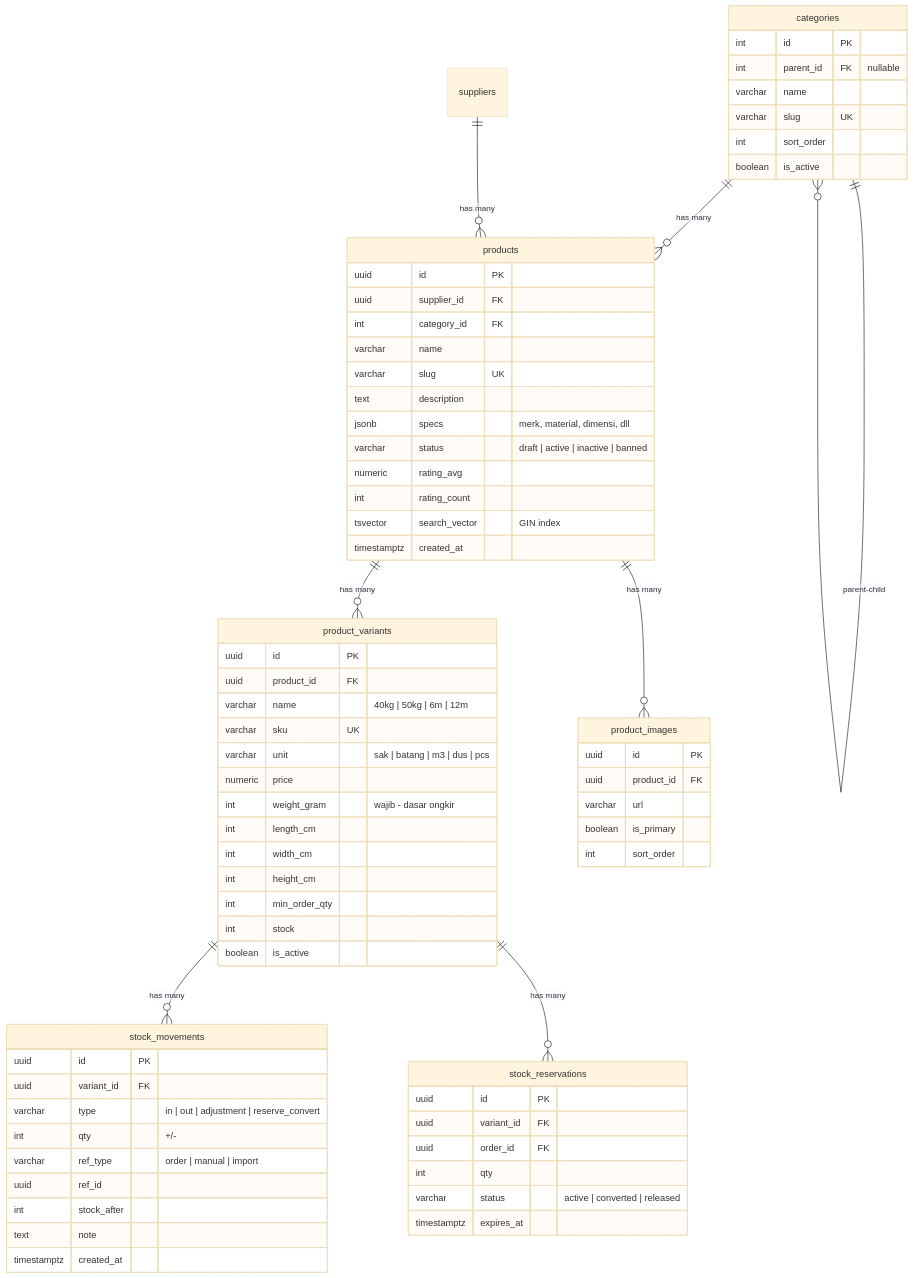
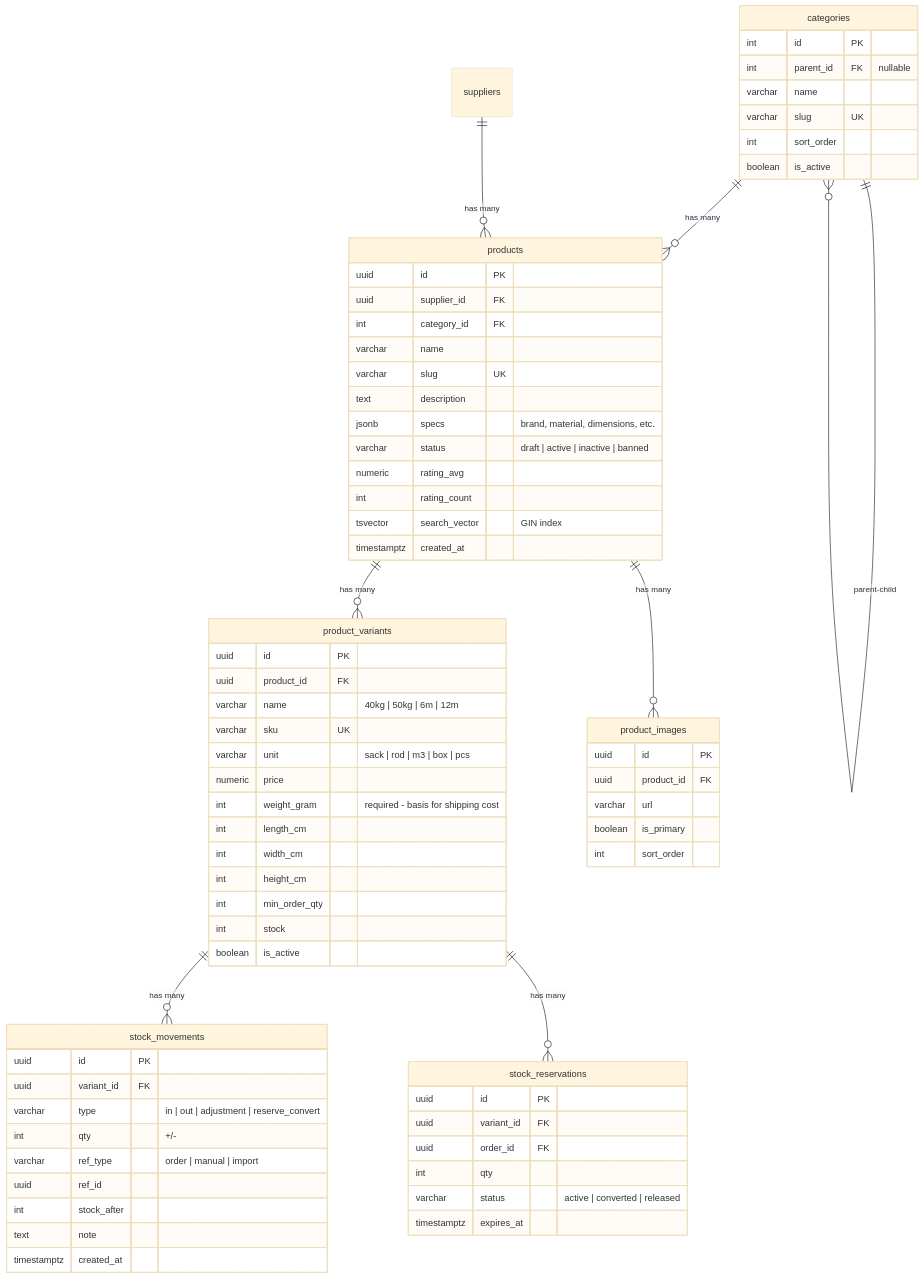
Before and after one commit to erdinhrmwn/bangunin-project: the second of 10 diagrams in docs/erd.md, drawn with Mermaid (base theme). The commit also changed other lines of this file and 6 other files, not shown here.

````diff
--- a/docs/erd.md
+++ b/docs/erd.md
@@ -86,79 +86,79 @@
 ```mermaid
 erDiagram
     categories ||--o{ categories : "parent-child"
     categories ||--o{ products : "has many"
     suppliers ||--o{ products : "has many"
     products ||--o{ product_variants : "has many"
     products ||--o{ product_images : "has many"
     product_variants ||--o{ stock_movements : "has many"
     product_variants ||--o{ stock_reservations : "has many"
 
     categories {
         int id PK
         int parent_id FK "nullable"
         varchar name
         varchar slug UK
         int sort_order
         boolean is_active
     }
 
     products {
         uuid id PK
         uuid supplier_id FK
         int category_id FK
         varchar name
         varchar slug UK
         text description
-        jsonb specs "merk, material, dimensi, dll"
+        jsonb specs "brand, material, dimensions, etc."
         varchar status "draft | active | inactive | banned"
         numeric rating_avg
         int rating_count
         tsvector search_vector "GIN index"
         timestamptz created_at
     }
 
     product_variants {
         uuid id PK
         uuid product_id FK
         varchar name "40kg | 50kg | 6m | 12m"
         varchar sku UK
-        varchar unit "sak | batang | m3 | dus | pcs"
+        varchar unit "sack | rod | m3 | box | pcs"
         numeric price
-        int weight_gram "wajib - dasar ongkir"
+        int weight_gram "required - basis for shipping cost"
         int length_cm
         int width_cm
         int height_cm
         int min_order_qty
         int stock
         boolean is_active
     }
 
     product_images {
         uuid id PK
         uuid product_id FK
         varchar url
         boolean is_primary
         int sort_order
     }
 
     stock_movements {
         uuid id PK
         uuid variant_id FK
         varchar type "in | out | adjustment | reserve_convert"
         int qty "+/-"
         varchar ref_type "order | manual | import"
         uuid ref_id
         int stock_after
         text note
         timestamptz created_at
     }
 
     stock_reservations {
         uuid id PK
         uuid variant_id FK
         uuid order_id FK
         int qty
         varchar status "active | converted | released"
         timestamptz expires_at
     }
 ```
````
